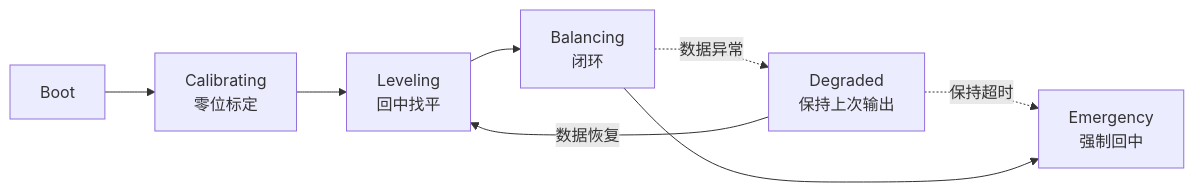
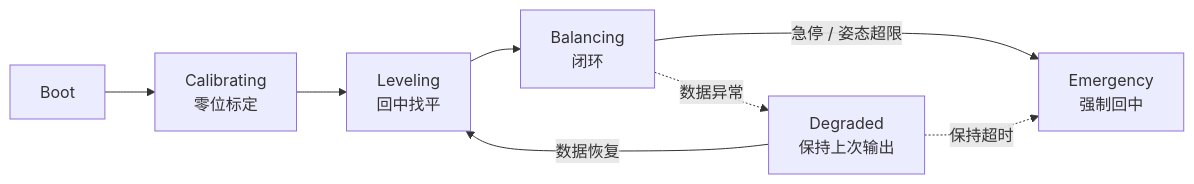
One commit to qi-neo/active-suspension-lidar-preview changed the fourth of 4 diagrams in README.md. Above: the diagram before and after it, drawn with Mermaid. The commit also changed other lines of this file and 1 other file, not shown here.

First line of the commit message:
docs: 重排 README 四张 mermaid 图，适配深色主题

````diff
--- a/README.md
+++ b/README.md
@@ -186,11 +180,10 @@
 ```mermaid
-%%{init: {"fontFamily": "-apple-system, BlinkMacSystemFont, PingFang SC, Helvetica Neue, Microsoft YaHei, sans-serif"}}%%
 flowchart LR
     BOOT["Boot"] --> CAL["Calibrating<br/>零位标定"]
     CAL --> LEV["Leveling<br/>回中找平"]
     LEV --> BAL["Balancing<br/>闭环"]
+    BAL -->|急停 / 姿态超限| EST["Emergency<br/>强制回中"]
     BAL -.->|数据异常| DEG["Degraded<br/>保持上次输出"]
-    DEG -.->|保持超时| EST["Emergency<br/>强制回中"]
+    DEG -.->|保持超时| EST
     DEG -->|数据恢复| LEV
-    BAL --> EST
 ```
````
